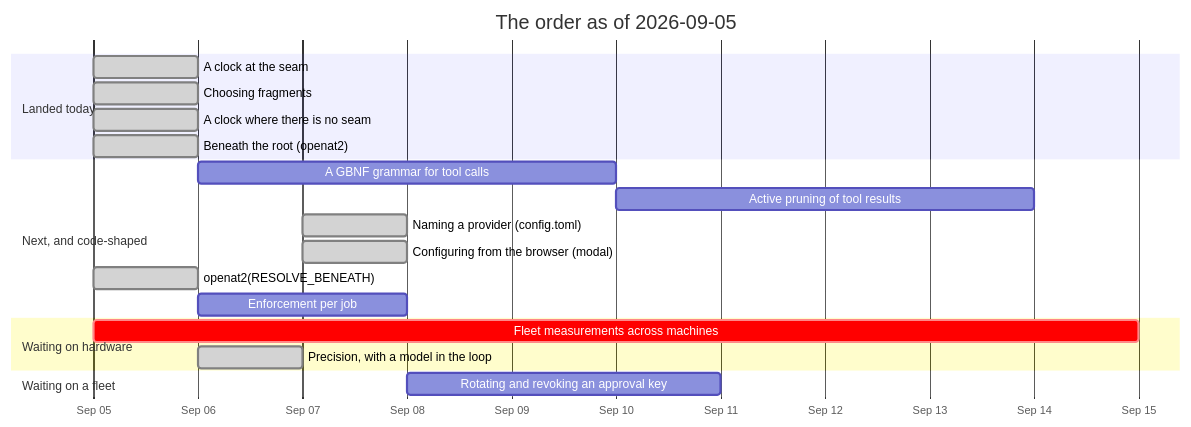
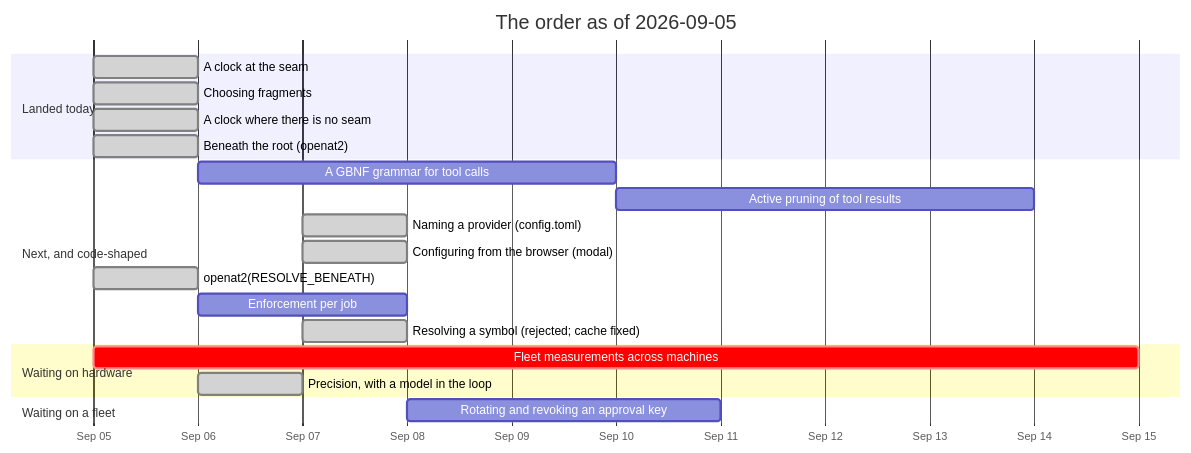
The diagram in ROADMAP/2026-09-05/README.md (jgermade/luu), drawn with Mermaid before and after one commit. The commit also changed other lines of this file and 5 other files, not shown here.

````diff
--- a/ROADMAP/2026-09-05/README.md
+++ b/ROADMAP/2026-09-05/README.md
@@ -43,23 +44,24 @@
 ```mermaid
 gantt
     title The order as of 2026-09-05
     dateFormat YYYY-MM-DD
     axisFormat %b %d
     section Landed today
     A clock at the seam                    :done, clock, 2026-09-05, 1d
     Choosing fragments                     :done, frag, 2026-09-05, 1d
     A clock where there is no seam         :done, hostclock, 2026-09-05, 1d
     Beneath the root (openat2)             :done, toctou2, 2026-09-05, 1d
     section Next, and code-shaped
     A GBNF grammar for tool calls          :gbnf, 2026-09-06, 4d
     Active pruning of tool results         :prune, after gbnf, 4d
     Naming a provider (config.toml)        :done, prov, 2026-09-07, 1d
     Configuring from the browser (modal)   :done, modal, 2026-09-07, 1d
     openat2(RESOLVE_BENEATH)               :done, toctou, 2026-09-05, 1d
     Enforcement per job                    :enf, 2026-09-06, 2d
+    Resolving a symbol (rejected; cache fixed) :done, sym, 2026-09-07, 1d
     section Waiting on hardware
     Fleet measurements across machines     :crit, bench, 2026-09-05, 10d
     Precision, with a model in the loop    :done, prec, 2026-09-06, 1d
     section Waiting on a fleet
     Rotating and revoking an approval key  :keys, after enf, 3d
 ```
````
